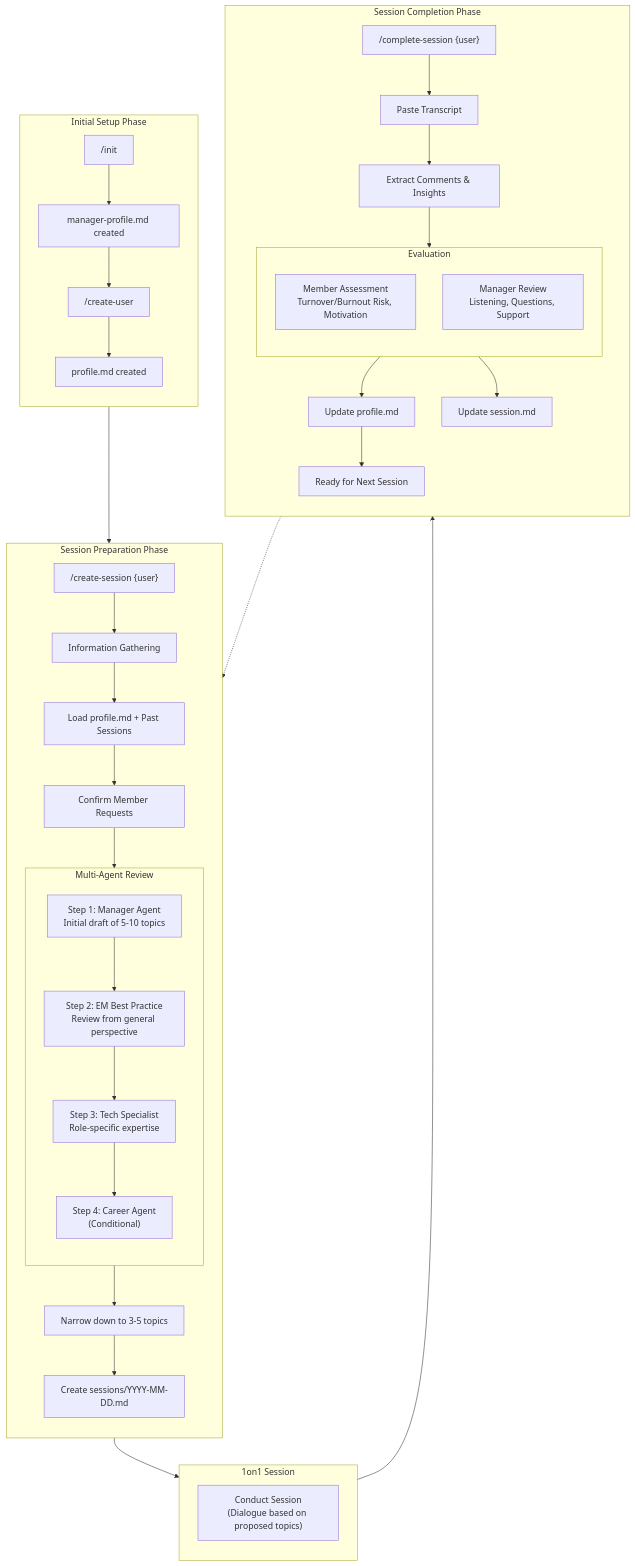
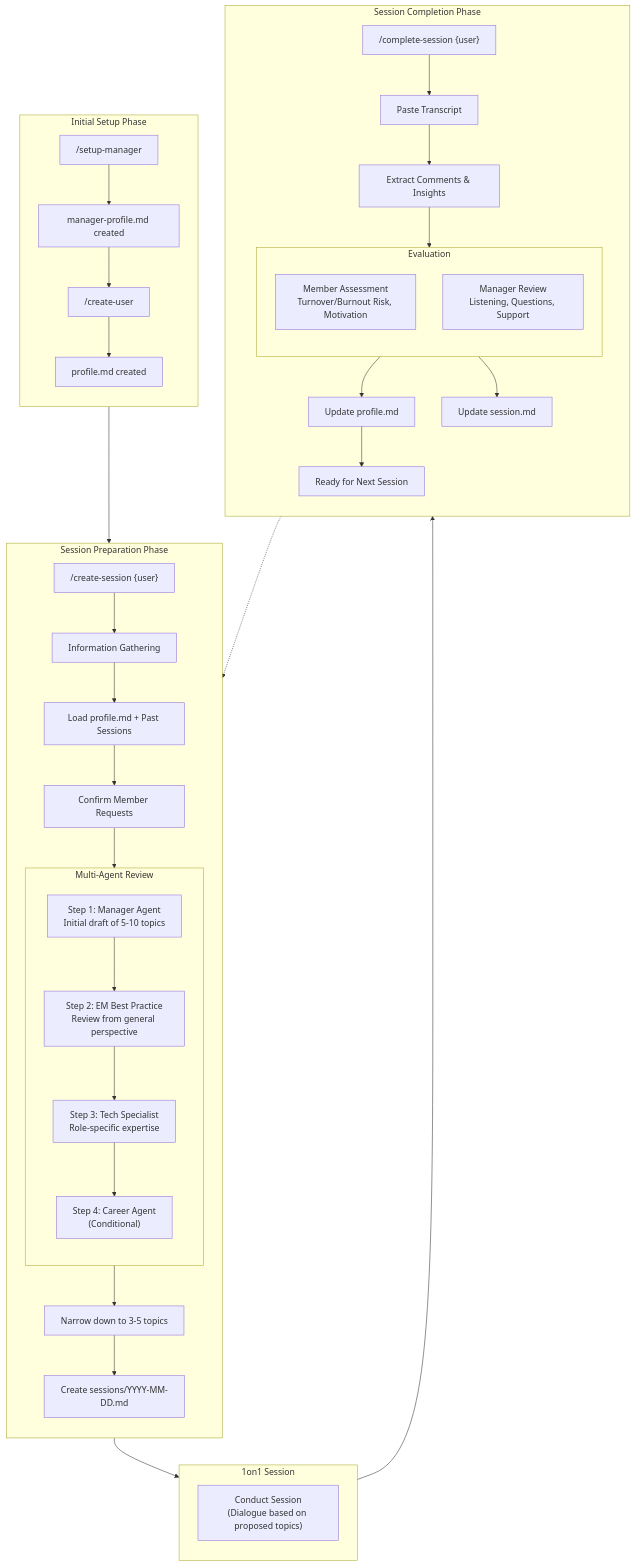
Before and after one commit to lil-ikeda/1on1-agent: the diagram in README.md, drawn with Mermaid. The commit also changed other lines of this file and 4 other files, not shown here.

First line of the commit message:
refactor: /init を /setup-manager にリネーム、セッションテンプレート改善

````diff
--- a/README.md
+++ b/README.md
@@ -56,56 +56,56 @@
 ```mermaid
 flowchart TB
     subgraph PREP["Initial Setup Phase"]
         direction TB
-        A["/init"] --> B["manager-profile.md created"]
+        A["/setup-manager"] --> B["manager-profile.md created"]
         B --> C["/create-user"]
         C --> D["profile.md created"]
     end
 
     subgraph SESSION_PREP["Session Preparation Phase"]
         direction TB
         E["/create-session {user}"] --> F["Information Gathering"]
         F --> G["Load profile.md + Past Sessions"]
         G --> H["Confirm Member Requests"]
 
         subgraph REVIEW["Multi-Agent Review"]
             direction TB
             I["Step 1: Manager Agent<br/>Initial draft of 5-10 topics"]
             J["Step 2: EM Best Practice<br/>Review from general perspective"]
             K["Step 3: Tech Specialist<br/>Role-specific expertise"]
             L["Step 4: Career Agent<br/>(Conditional)"]
             I --> J --> K --> L
         end
 
         H --> REVIEW
         REVIEW --> M["Narrow down to 3-5 topics"]
         M --> N["Create sessions/YYYY-MM-DD.md"]
     end
 
     subgraph SESSION["1on1 Session"]
         direction TB
         O["Conduct Session<br/>(Dialogue based on proposed topics)"]
     end
 
     subgraph POST["Session Completion Phase"]
         direction TB
         P["/complete-session {user}"] --> Q["Paste Transcript"]
         Q --> R["Extract Comments & Insights"]
 
         subgraph EVAL["Evaluation"]
             direction TB
             S["Member Assessment<br/>Turnover/Burnout Risk, Motivation"]
             T["Manager Review<br/>Listening, Questions, Support"]
         end
 
         R --> EVAL
         EVAL --> U["Update profile.md"]
         EVAL --> V["Update session.md"]
         U --> W["Ready for Next Session"]
     end
 
     PREP --> SESSION_PREP
     SESSION_PREP --> SESSION
     SESSION --> POST
     POST -.-> SESSION_PREP
 ```
````
